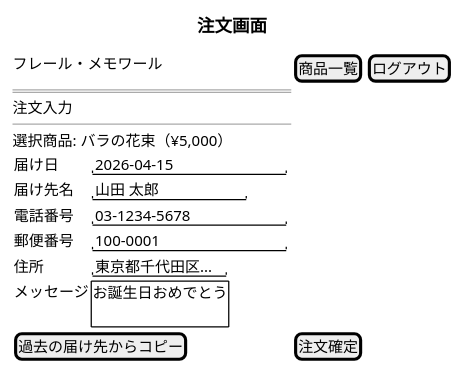
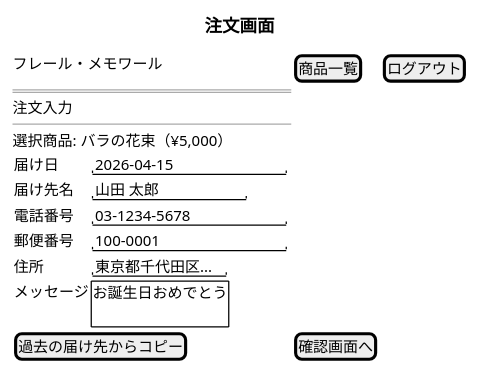
The fifth of 17 diagrams in docs/design/ui_design.md (k2works/case-study-bouquet), drawn with PlantUML before and after one commit. The commit also changed other lines of this file and 3 other files, not shown here.

````diff
--- a/docs/design/ui_design.md
+++ b/docs/design/ui_design.md
@@ -120,24 +123,24 @@
 ```plantuml
 @startsalt
 title 注文画面
 {
   フレール・メモワール | [商品一覧] | [ログアウト]
   ==
   注文入力
   ---
   選択商品: バラの花束（¥5,000）
   {
     届け日   | "2026-04-15         "
     届け先名 | "山田 太郎          "
     電話番号 | "03-1234-5678       "
     郵便番号 | "100-0001           "
     住所     | "東京都千代田区...   "
     メッセージ | {+
       お誕生日おめでとう
       .
     }
   }
-  [過去の届け先からコピー] | [注文確定]
+  [過去の届け先からコピー] | [確認画面へ]
 }
 @endsalt
 ```
````
